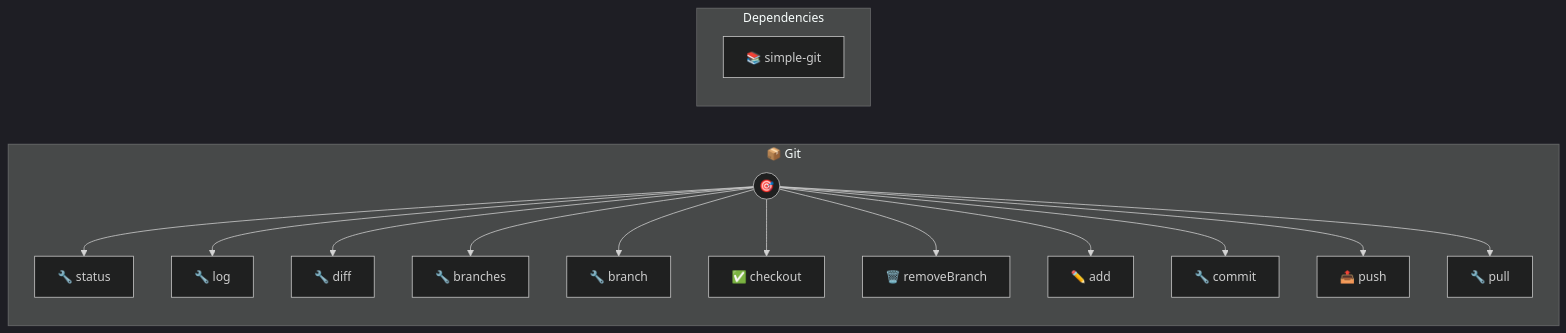
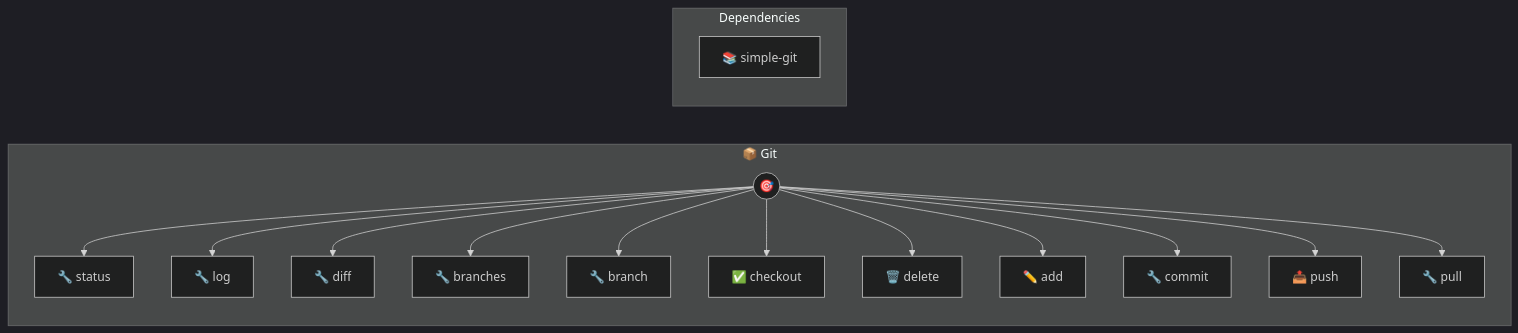
One commit to portel-dev/photons changed the diagram in git.md. Above: the diagram before and after it, drawn with Mermaid (dark theme). The commit also changed other lines of this file and 20 other files, not shown here.

````diff
--- a/git.md
+++ b/git.md
@@ -219,34 +219,34 @@
 ```mermaid
 flowchart LR
     subgraph git["📦 Git"]
         direction TB
         PHOTON((🎯))
         T0[🔧 status]
         PHOTON --> T0
         T1[🔧 log]
         PHOTON --> T1
         T2[🔧 diff]
         PHOTON --> T2
         T3[🔧 branches]
         PHOTON --> T3
         T4[🔧 branch]
         PHOTON --> T4
         T5[✅ checkout]
         PHOTON --> T5
-        T6[🗑️ removeBranch]
+        T6[🗑️ delete]
         PHOTON --> T6
         T7[✏️ add]
         PHOTON --> T7
         T8[🔧 commit]
         PHOTON --> T8
         T9[📤 push]
         PHOTON --> T9
         T10[🔧 pull]
         PHOTON --> T10
     end
 
     subgraph deps["Dependencies"]
         direction TB
         NPM0[📚 simple-git]
     end
 ```
````
